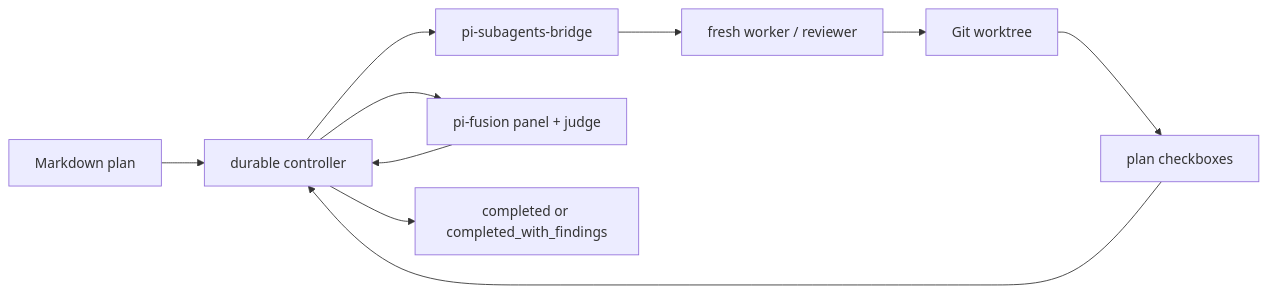
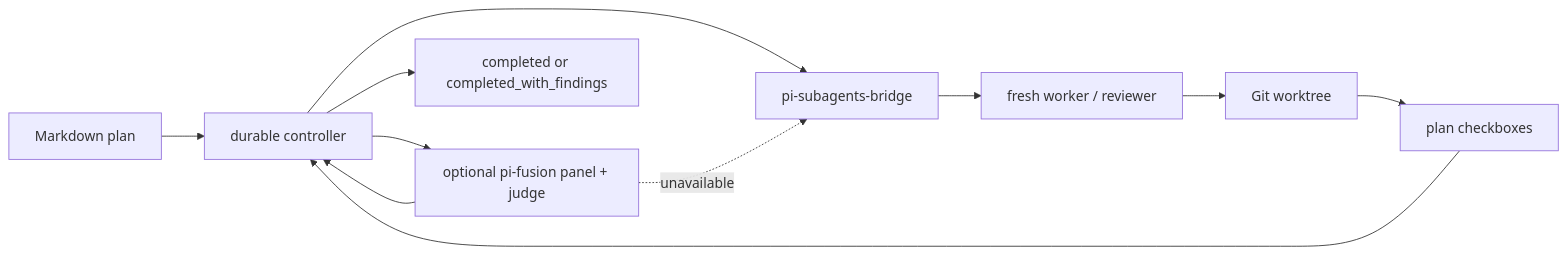
Before and after one commit to alexei-led/pi-plan-exec: the diagram in README.md, drawn with Mermaid. The commit also changed other lines of this file and 13 other files, not shown here.

Commit message:
fix: fall back to pi-subagents when Fusion is unavailable

````diff
--- a/README.md
+++ b/README.md
@@ -108,12 +112,13 @@
 ```mermaid
 flowchart LR
     plan["Markdown plan"] --> controller["durable controller"]
     controller --> bridge["pi-subagents-bridge"]
     bridge --> worker["fresh worker / reviewer"]
     worker --> worktree["Git worktree"]
     worktree --> checks["plan checkboxes"]
     checks --> controller
-    controller --> fusion["pi-fusion panel + judge"]
+    controller --> fusion["optional pi-fusion panel + judge"]
+    fusion -. unavailable .-> bridge
     fusion --> controller
     controller --> result["completed or completed_with_findings"]
 ```
````
